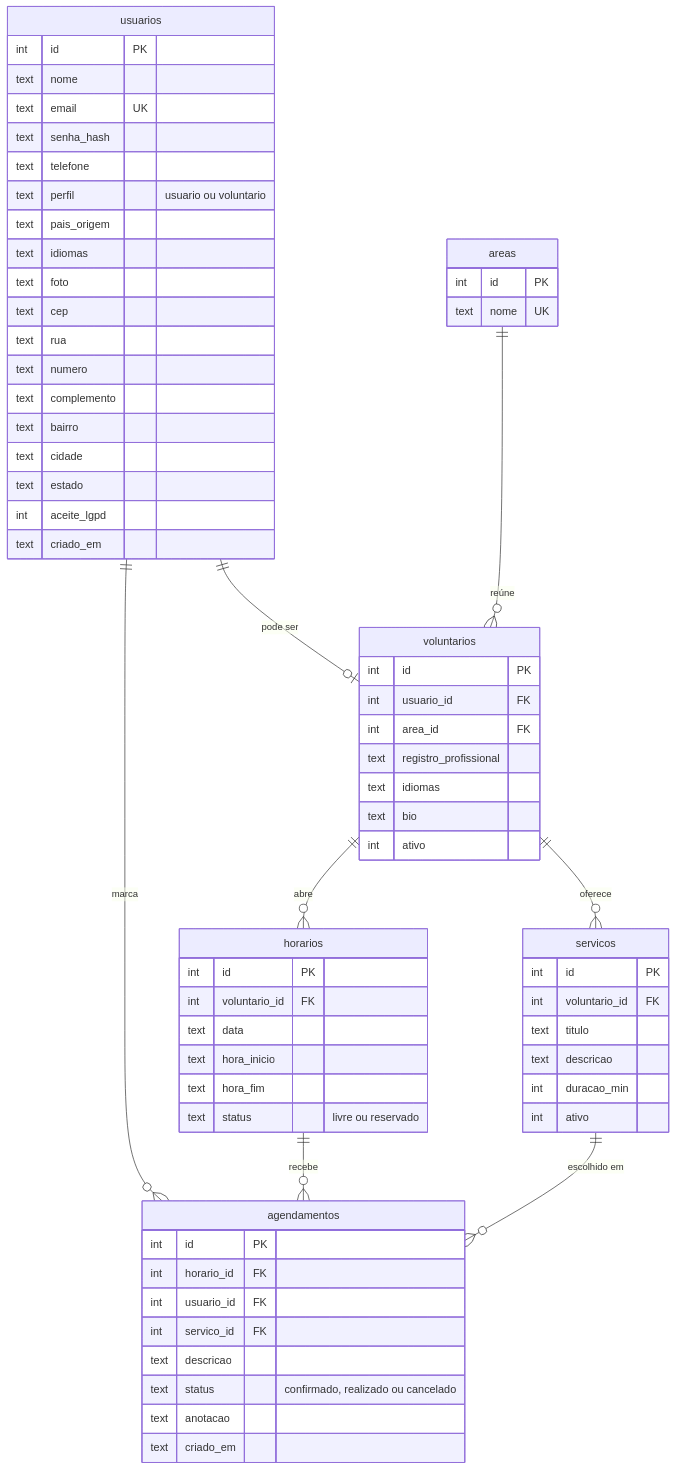
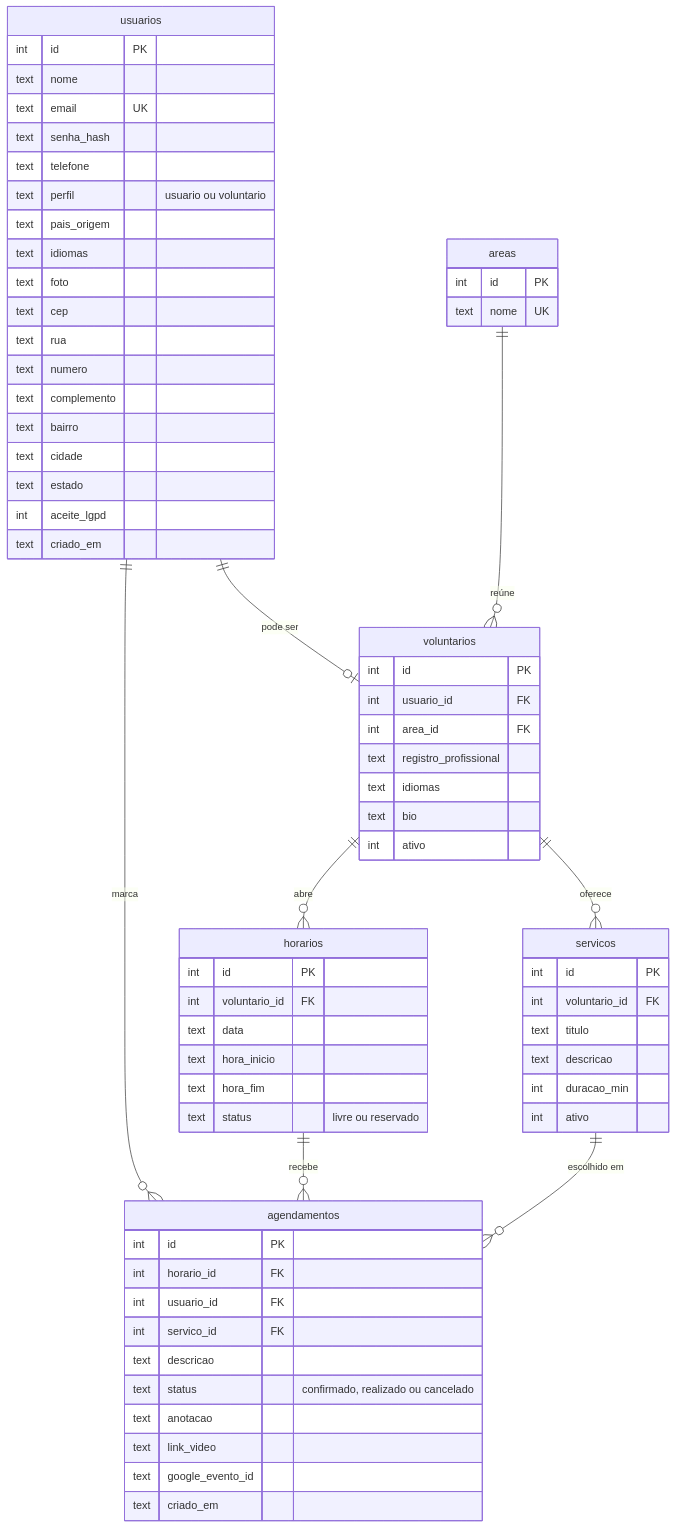
Before and after one commit to luisquesada26/acolhimento-amigo: the second of 2 diagrams in README.md, drawn with Mermaid. The commit also changed other lines of this file and 17 other files, not shown here.

````diff
--- a/README.md
+++ b/README.md
@@ -139,75 +155,77 @@
 ```mermaid
 erDiagram
     usuarios ||--o| voluntarios : "pode ser"
     areas ||--o{ voluntarios : "reúne"
     voluntarios ||--o{ servicos : "oferece"
     voluntarios ||--o{ horarios : "abre"
     usuarios ||--o{ agendamentos : "marca"
     horarios ||--o{ agendamentos : "recebe"
     servicos ||--o{ agendamentos : "escolhido em"
 
     usuarios {
         int id PK
         text nome
         text email UK
         text senha_hash
         text telefone
         text perfil "usuario ou voluntario"
         text pais_origem
         text idiomas
         text foto
         text cep
         text rua
         text numero
         text complemento
         text bairro
         text cidade
         text estado
         int aceite_lgpd
         text criado_em
     }
 
     areas {
         int id PK
         text nome UK
     }
 
     voluntarios {
         int id PK
         int usuario_id FK
         int area_id FK
         text registro_profissional
         text idiomas
         text bio
         int ativo
     }
 
     servicos {
         int id PK
         int voluntario_id FK
         text titulo
         text descricao
         int duracao_min
         int ativo
     }
 
     horarios {
         int id PK
         int voluntario_id FK
         text data
         text hora_inicio
         text hora_fim
         text status "livre ou reservado"
     }
 
     agendamentos {
         int id PK
         int horario_id FK
         int usuario_id FK
         int servico_id FK
         text descricao
         text status "confirmado, realizado ou cancelado"
         text anotacao
+        text link_video
+        text google_evento_id
         text criado_em
     }
 ```
````
